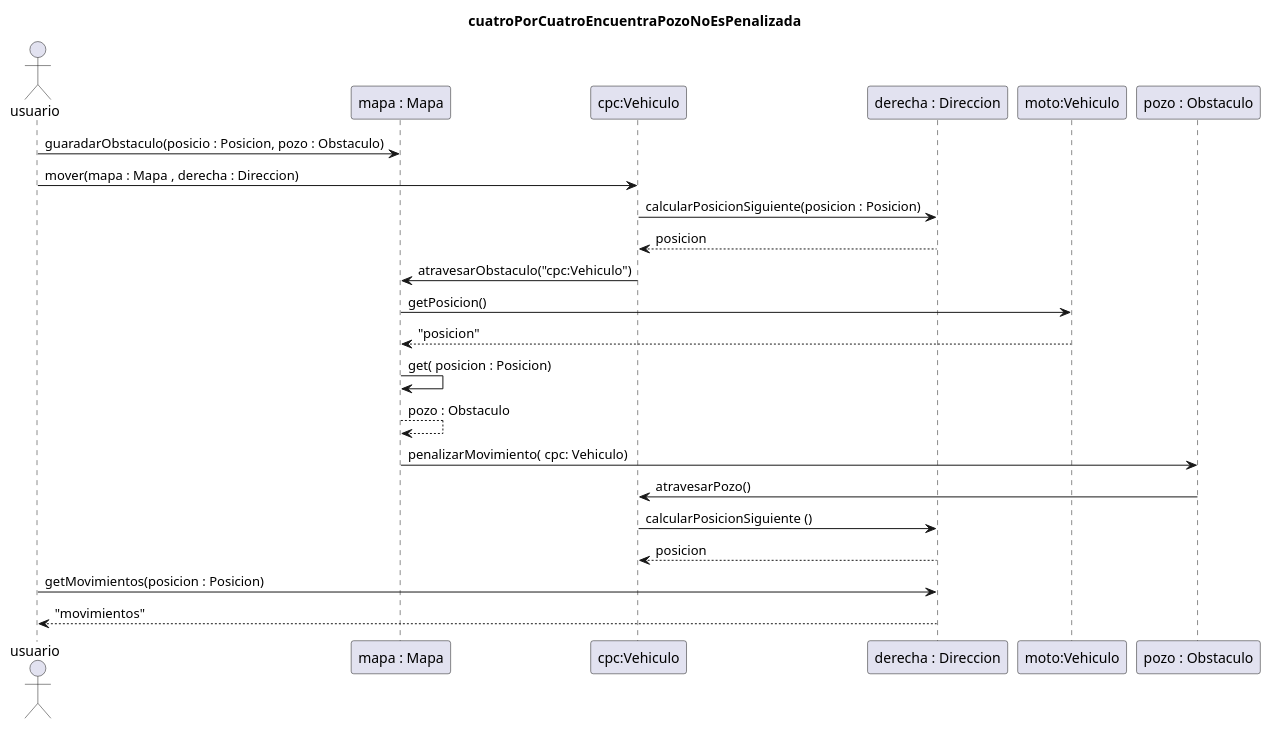
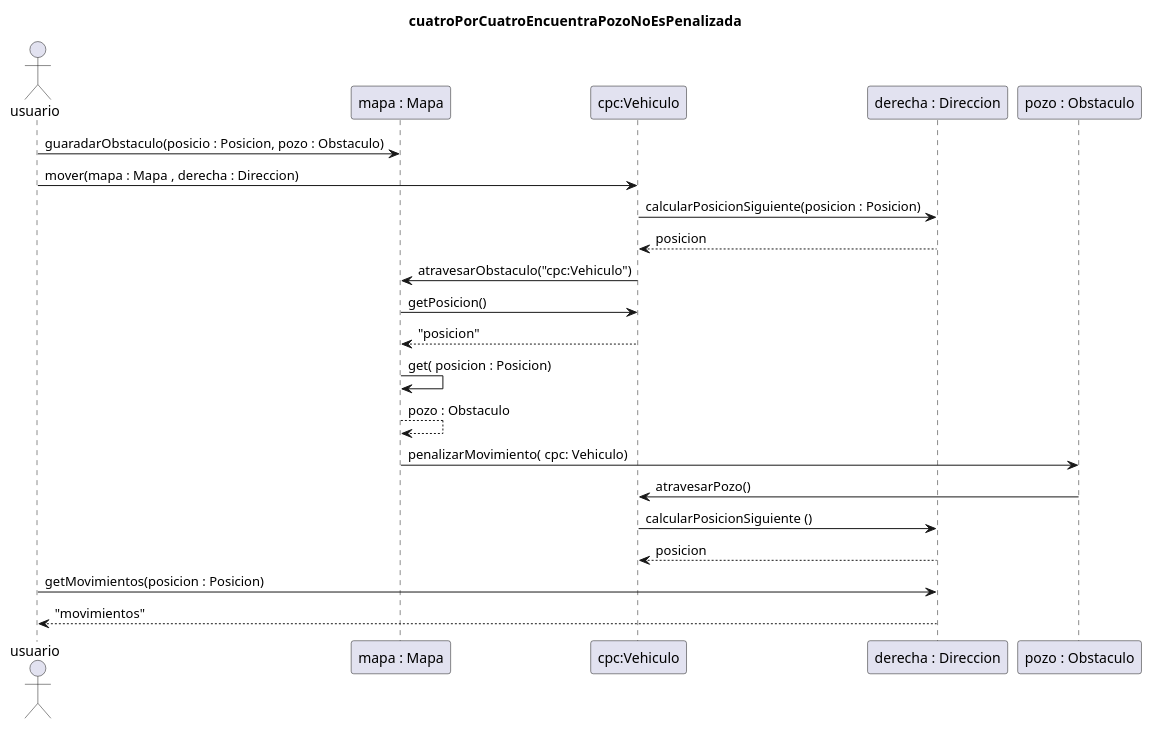
The diagram in diagrams/sequences/cuatroPorCuatroEncuentraPozoNoEsPenalizada.puml (ianmku/algo3_tp2), drawn with PlantUML before and after one commit.

Commit message:
diagrama cuatroPorCuatroEncuentraPozoNoEsPenalizada

```diff
--- a/diagrams/sequences/cuatroPorCuatroEncuentraPozoNoEsPenalizada.puml
+++ b/diagrams/sequences/cuatroPorCuatroEncuentraPozoNoEsPenalizada.puml
@@ -1,20 +1,20 @@
 @startuml
 title "cuatroPorCuatroEncuentraPozoNoEsPenalizada"
 
 actor usuario
 usuario -> "mapa : Mapa" : guaradarObstaculo(posicio : Posicion, pozo : Obstaculo)
 usuario -> "cpc:Vehiculo" : mover(mapa : Mapa , derecha : Direccion)
 "cpc:Vehiculo" -> "derecha : Direccion" :calcularPosicionSiguiente(posicion : Posicion)
 return posicion
 "cpc:Vehiculo" -> "mapa : Mapa" : atravesarObstaculo("cpc:Vehiculo")
-"mapa : Mapa" -> "moto:Vehiculo" : getPosicion()
+"mapa : Mapa" -> "cpc:Vehiculo" : getPosicion()
 return "posicion"
 "mapa : Mapa" -> "mapa : Mapa" : get( posicion : Posicion)
 return pozo : Obstaculo
 "mapa : Mapa" -> "pozo : Obstaculo" : penalizarMovimiento( cpc: Vehiculo)
 "pozo : Obstaculo" -> "cpc:Vehiculo" : atravesarPozo()
 "cpc:Vehiculo" -> "derecha : Direccion" : calcularPosicionSiguiente ()
 return posicion
 usuario -> "derecha : Direccion" : getMovimientos(posicion : Posicion)
 return "movimientos"
 @enduml
```
